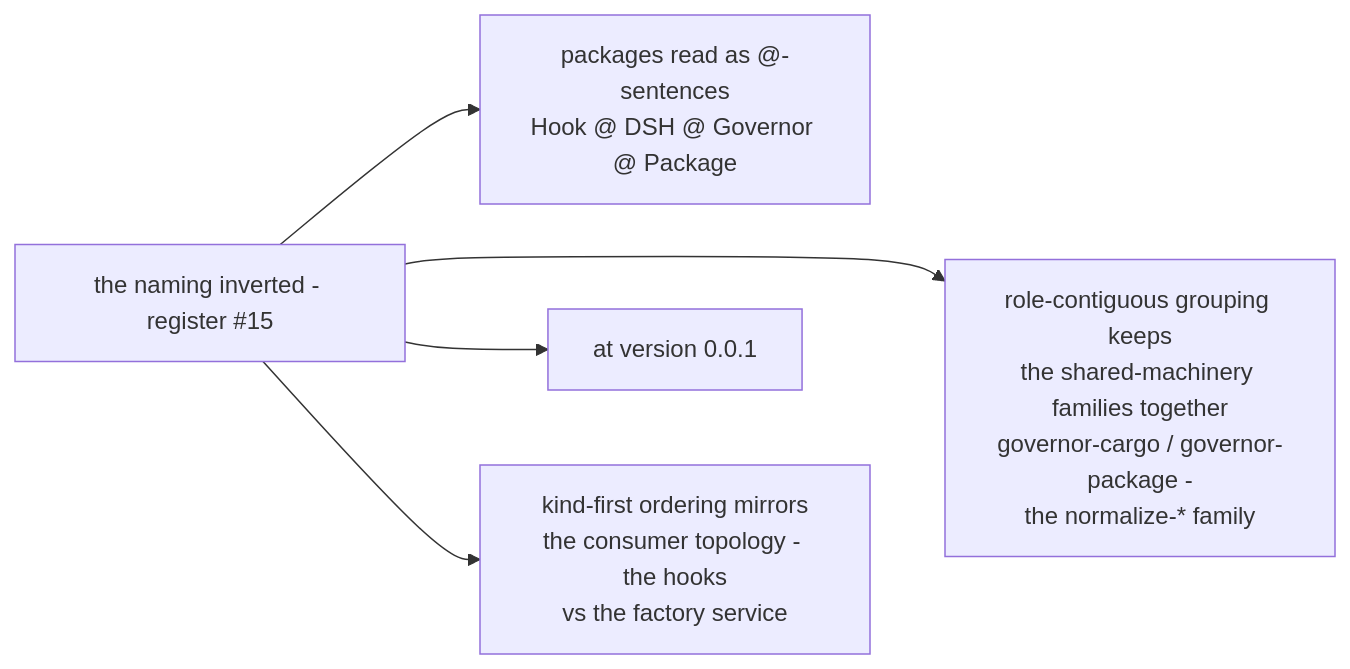
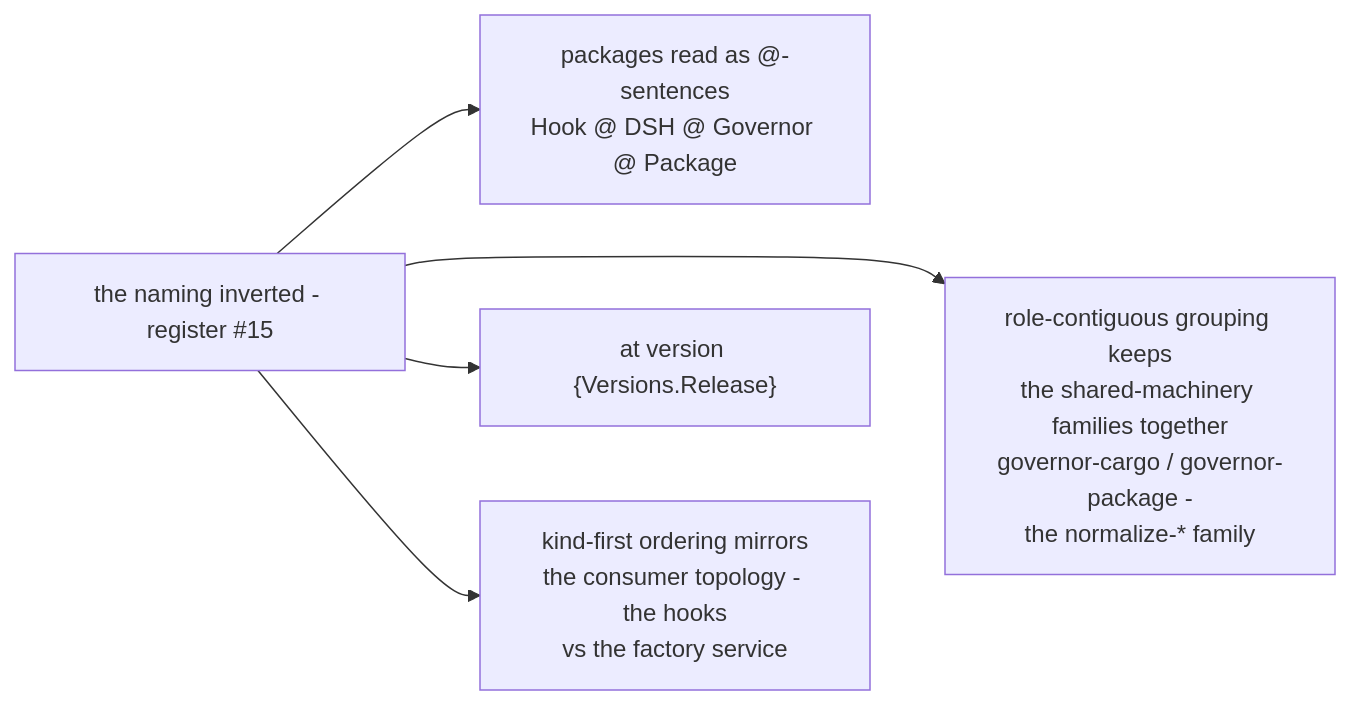
The diagram in Source/Content/Mermaid/case-p6-naming.mmd (PlayForm/Site-DeepSeek), drawn with Mermaid before and after one commit. The commit also changed 51 other files, not shown here.

```diff
--- a/Source/Content/Mermaid/case-p6-naming.mmd
+++ b/Source/Content/Mermaid/case-p6-naming.mmd
@@ -1,11 +1,11 @@
 flowchart LR
 	NAMING["the naming inverted - register #15"]
 	SENTENCE["packages read as @-sentences<br/>Hook @ DSH @ Governor @ Package"]
 	KIND["kind-first ordering mirrors<br/>the consumer topology - the hooks<br/>vs the factory service"]
 	ROLE["role-contiguous grouping keeps<br/>the shared-machinery families together<br/>governor-cargo / governor-package -<br/>the normalize-* family"]
-	V["at version 0.0.1"]
+	V["at version {Versions.Release}"]
 	NAMING --> SENTENCE
 	NAMING --> KIND
 	NAMING --> ROLE
 	NAMING --> V
 	KIND ~~~ ROLE
```
